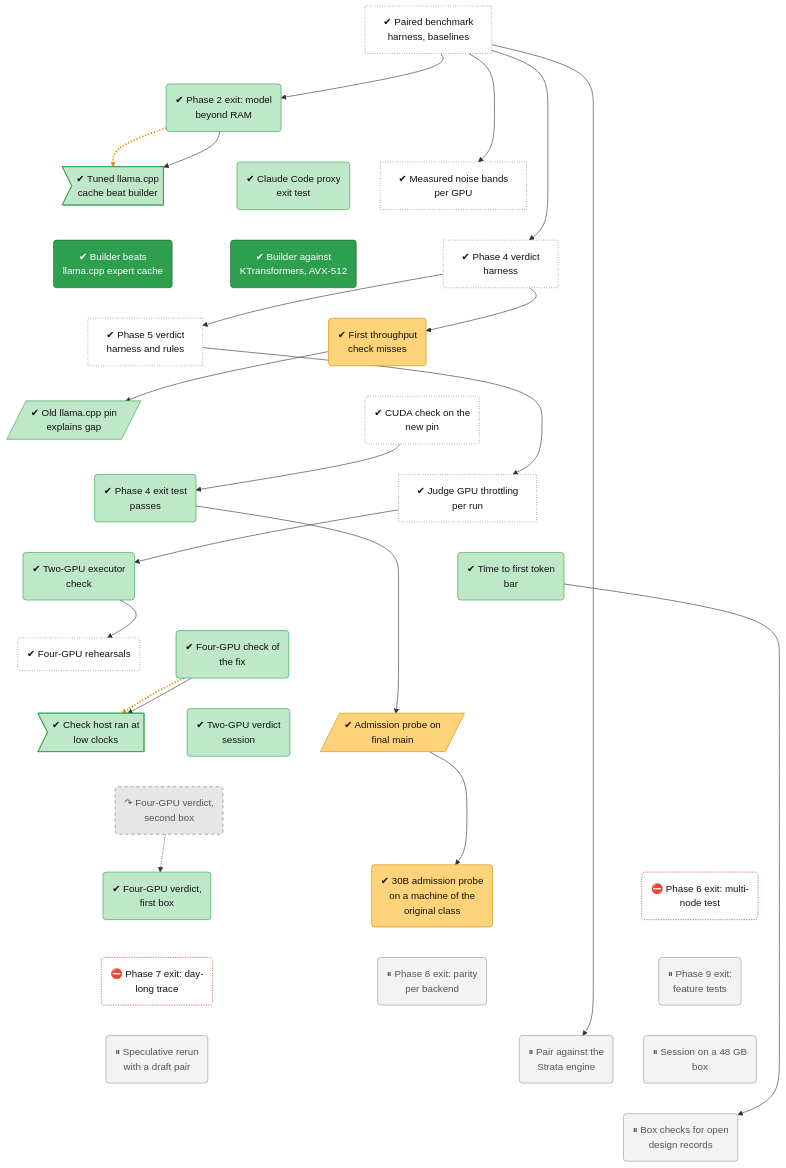
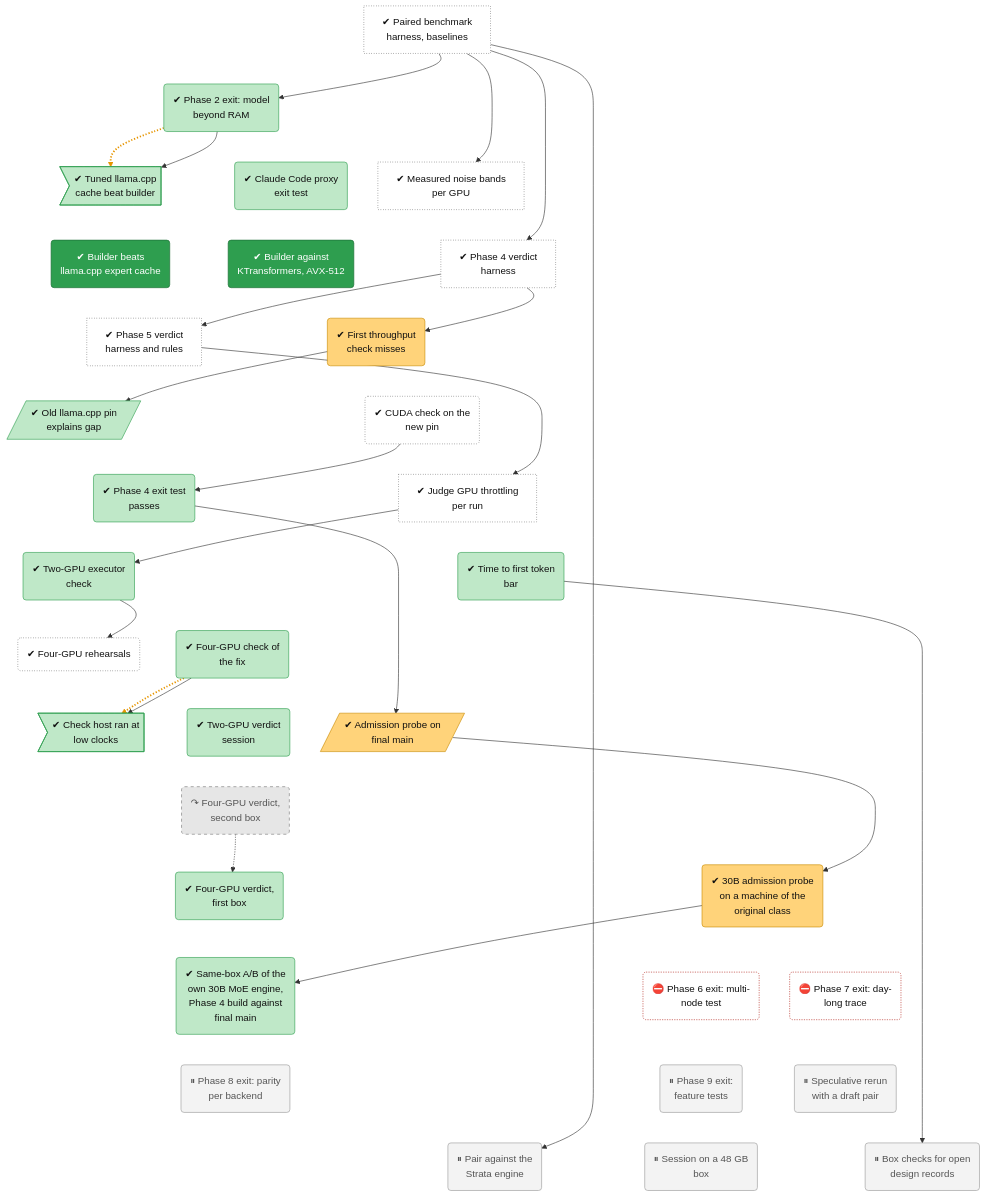
Before and after one commit to lhns/tetraeder: the diagram in docs/roadmap/tracks/bench.md, drawn with Mermaid. The commit also changed other lines of this file and 36 other files, not shown here.

Commit message:
ab30b-20261122 (box 61890814): same-box A/B of the own 30B engine, 6b07795 against final main, median B/A 0.992 (c4) and 0.992 (c1), no regression evidence; node bench-ab30b

```diff
--- a/docs/roadmap/tracks/bench.md
+++ b/docs/roadmap/tracks/bench.md
@@ -33,6 +33,7 @@
     bench_v4b_verdict("↷ Four-GPU verdict,<br/>second box")
     bench_v4a_verdict("✔ Four-GPU verdict,<br/>first box")
     bench_d2a_30b("✔ 30B admission probe<br/>on a machine of the<br/>original class")
+    bench_ab30b("✔ Same-box A/B of the<br/>own 30B MoE engine,<br/>Phase 4 build against<br/>final main")
     bench_phase6_exit("⛔ Phase 6 exit: multi-<br/>node test")
     bench_phase7_exit("⛔ Phase 7 exit: day-<br/>long trace")
     bench_phase8_exit("⏸ Phase 8 exit: parity<br/>per backend")
@@ -67,16 +68,15 @@
     bench_d2a_probe ~~~ bench_v4b_verdict
     bench_v4b_verdict ~~~ bench_v4a_verdict
     bench_v4b_verdict ~~~ bench_d2a_30b
-    bench_v4b_verdict ~~~ bench_phase6_exit
-    bench_v4a_verdict ~~~ bench_phase7_exit
-    bench_d2a_30b ~~~ bench_phase8_exit
+    bench_v4a_verdict ~~~ bench_ab30b
+    bench_d2a_30b ~~~ bench_phase6_exit
+    bench_d2a_30b ~~~ bench_phase7_exit
+    bench_ab30b ~~~ bench_phase8_exit
     bench_phase6_exit ~~~ bench_phase9_exit
     bench_phase7_exit ~~~ bench_spec_rerun
     bench_phase8_exit ~~~ bench_strata_pairing
     bench_phase9_exit ~~~ bench_d1_session
     bench_spec_rerun ~~~ bench_open_records
-    bench_strata_pairing ~~~ bench_open_records
-    bench_d1_session ~~~ bench_open_records
     bench_harness --> bench_phase2_exit
     bench_phase2_exit -.-> bench_defect_tuned_cache
     bench_phase2_exit --> bench_defect_tuned_cache
@@ -94,9 +94,10 @@
     bench_phase4_exit --> bench_d2a_probe
     bench_v4b_verdict -.-> bench_v4a_verdict
     bench_d2a_probe --> bench_d2a_30b
+    bench_d2a_30b --> bench_ab30b
     bench_harness --> bench_strata_pairing
     bench_ttft --> bench_open_records
-    linkStyle 37,48 stroke:#e69500,stroke-width:3px,stroke-dasharray:2 3
+    linkStyle 36,47 stroke:#e69500,stroke-width:3px,stroke-dasharray:2 3
     classDef vsucc fill:#2e9e4f,stroke:#1b6b34,color:#fff
     classDef succ fill:#bfe8c8,stroke:#2e9e4f,color:#111
     classDef mixed fill:#ffd37a,stroke:#c98a00,color:#111
@@ -112,7 +113,7 @@
     classDef finding fill:#ffe0b2,stroke:#d84315,stroke-width:2px,color:#111
     classDef waiting fill:#e3f2fd,stroke:#1f6fc5,stroke-dasharray:5 5,color:#111
     class bench_harness,bench_noise_bands,bench_phase4_harness,bench_phase5_harness,bench_pin_confirm,bench_throttle_rules,bench_s3_rehearsal unrated
-    class bench_phase2_exit,bench_defect_tuned_cache,bench_phase3b_proxy,bench_pin_ab,bench_phase4_exit,bench_s2_step0,bench_ttft,bench_s3f2,bench_defect_s3f2_clock,bench_v2_verdict,bench_v4a_verdict succ
+    class bench_phase2_exit,bench_defect_tuned_cache,bench_phase3b_proxy,bench_pin_ab,bench_phase4_exit,bench_s2_step0,bench_ttft,bench_s3f2,bench_defect_s3f2_clock,bench_v2_verdict,bench_v4a_verdict,bench_ab30b succ
     class bench_m1_point1,bench_m1_point3 vsucc
     class bench_d2a_rerun,bench_d2a_probe,bench_d2a_30b mixed
     class bench_v4b_verdict dead
```
